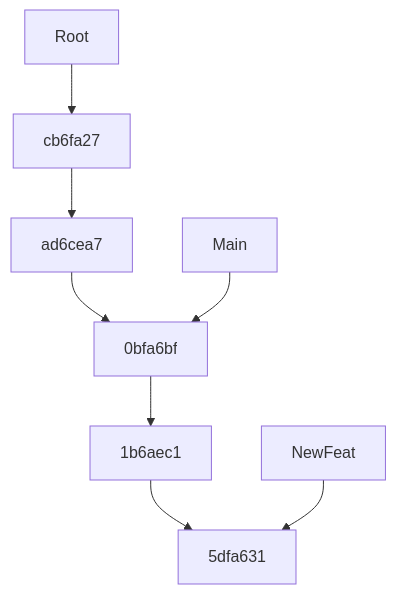
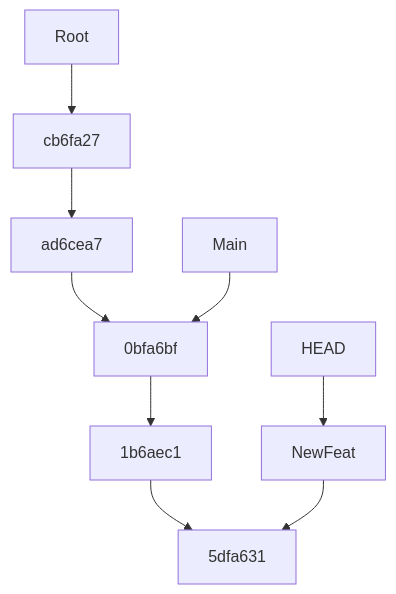
The second of 5 diagrams in README.md (thenativeweb/temp--git), drawn with Mermaid before and after one commit. The commit also changed other lines of this file, not shown here.

````diff
--- a/README.md
+++ b/README.md
@@ -109,11 +109,12 @@
 ```mermaid
 flowchart TB
   Root
   Root --> cb6fa27
   cb6fa27 --> ad6cea7
   ad6cea7 --> 0bfa6bf
   0bfa6bf --> 1b6aec1
   1b6aec1 --> 5dfa631
   Main --> 0bfa6bf
   NewFeat --> 5dfa631
+  HEAD --> NewFeat
 ```
````
